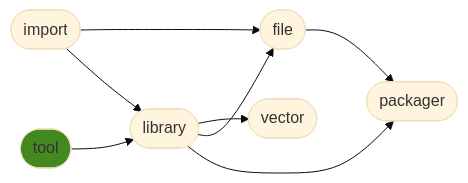
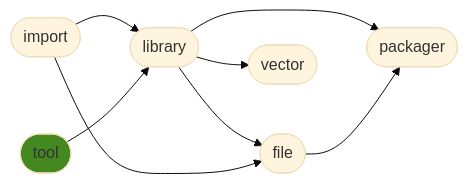
The diagram in README.md (ManderaGeneral/generaltool), drawn with Mermaid (base theme) before and after one commit. The commit also changed other lines of this file, not shown here.

````diff
--- a/README.md
+++ b/README.md
@@ -23,17 +23,17 @@
 ```mermaid
 flowchart LR
+0([import]) --> 2([library])
 2([library]) --> 4([vector])
-0([import]) --> 3([file])
-0([import]) --> 2([library])
+2([library]) --> 5([packager])
 2([library]) --> 3([file])
 1([tool]) --> 2([library])
-2([library]) --> 5([packager])
+0([import]) --> 3([file])
 3([file]) --> 5([packager])
 click 0 "https://github.com/ManderaGeneral/generalimport"
 click 1 "https://github.com/ManderaGeneral/generaltool"
 click 2 "https://github.com/ManderaGeneral/generallibrary"
 click 3 "https://github.com/ManderaGeneral/generalfile"
 click 4 "https://github.com/ManderaGeneral/generalvector"
 click 5 "https://github.com/ManderaGeneral/generalpackager"
 style 1 fill:#482
 ```
````
